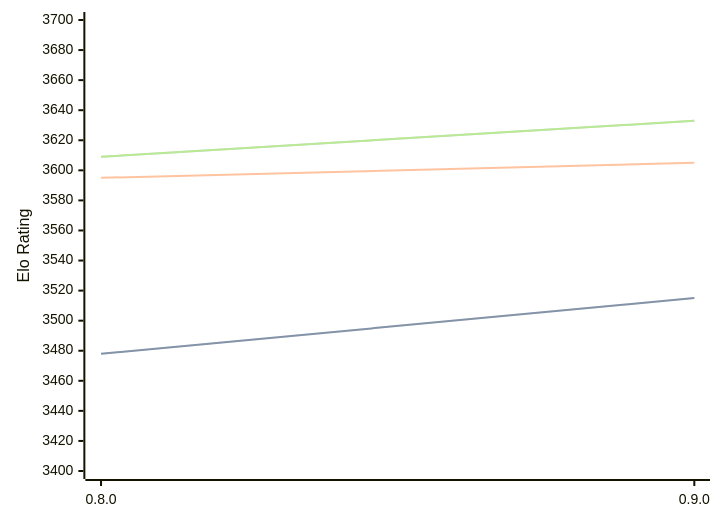
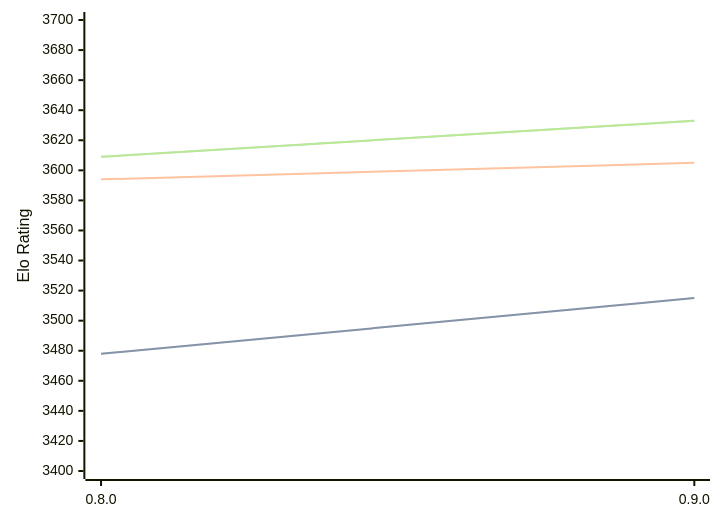
One commit to computer-chess-index/cci changed the diagram in engines/Reckless.md. Above: the diagram before and after it, drawn with Mermaid. The commit also changed other lines of this file, not shown here.

````diff
--- a/engines/Reckless.md
+++ b/engines/Reckless.md
@@ -39,11 +39,11 @@
 ```mermaid
 %%{init: {"theme":"base","themeVariables":{"seriesColors:['#a3a3a3','#222221','#faa371']}}}%%
 xychart-beta
   x-axis ["0.8.0", "0.9.0"]
   y-axis "Elo Rating" 3400 --> 3700
   line "STC (8.0+0.08s)" [3478, 3515]
   line "STC (8.0+0.08s)" [3478, 3515]
-  line "LTC (60.0+0.60s)" [3595, 3605]
+  line "LTC (60.0+0.60s)" [3594, 3605]
   line "VLTC (2m24s+1.12s)" [3609, 3633]
   line "VLTC (2m24s+1.12s)" [3609, 3633]
 ```
````
